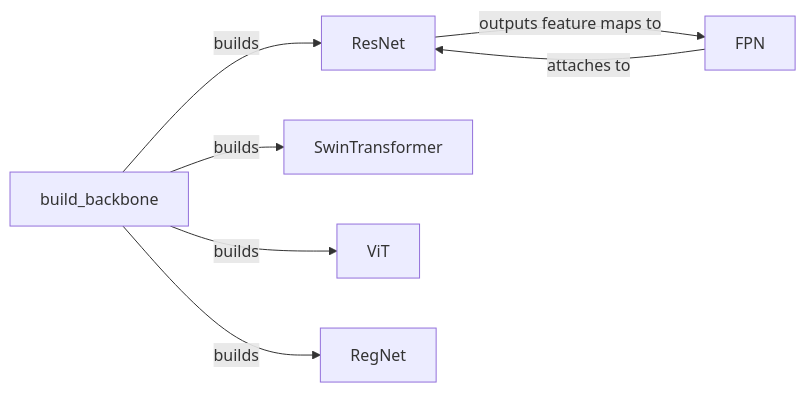
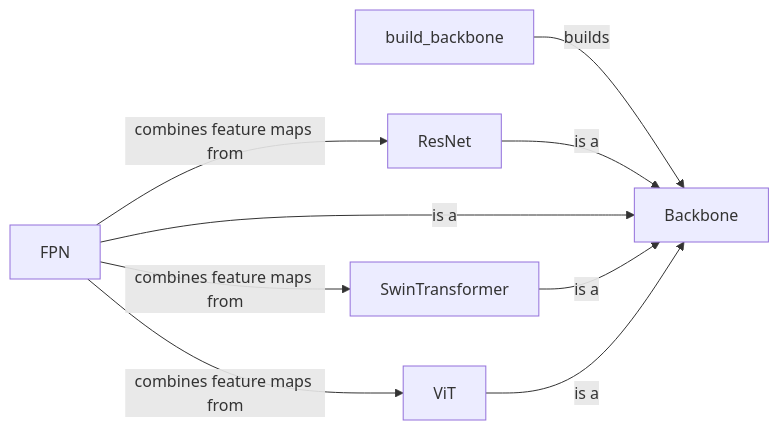
Before and after one commit to CodeBoarding/GeneratedOnBoardings: the diagram in detectron2/Feature Extraction Backbone.md, drawn with Mermaid. The commit also changed other lines of this file and 5 other files, not shown here.

````diff
--- a/detectron2/Feature Extraction Backbone.md
+++ b/detectron2/Feature Extraction Backbone.md
@@ -1,15 +1,17 @@
 ```mermaid
 graph LR
     build_backbone["build_backbone"]
+    Backbone["Backbone"]
     ResNet["ResNet"]
     FPN["FPN"]
     SwinTransformer["SwinTransformer"]
     ViT["ViT"]
-    RegNet["RegNet"]
-    build_backbone -- "builds" --> ResNet
-    build_backbone -- "builds" --> SwinTransformer
-    build_backbone -- "builds" --> ViT
-    build_backbone -- "builds" --> RegNet
-    FPN -- "attaches to" --> ResNet
-    ResNet -- "outputs feature maps to" --> FPN
+    build_backbone -- "builds" --> Backbone
+    ResNet -- "is a" --> Backbone
+    FPN -- "is a" --> Backbone
+    SwinTransformer -- "is a" --> Backbone
+    ViT -- "is a" --> Backbone
+    FPN -- "combines feature maps from" --> ResNet
+    FPN -- "combines feature maps from" --> SwinTransformer
+    FPN -- "combines feature maps from" --> ViT
 ```
````
